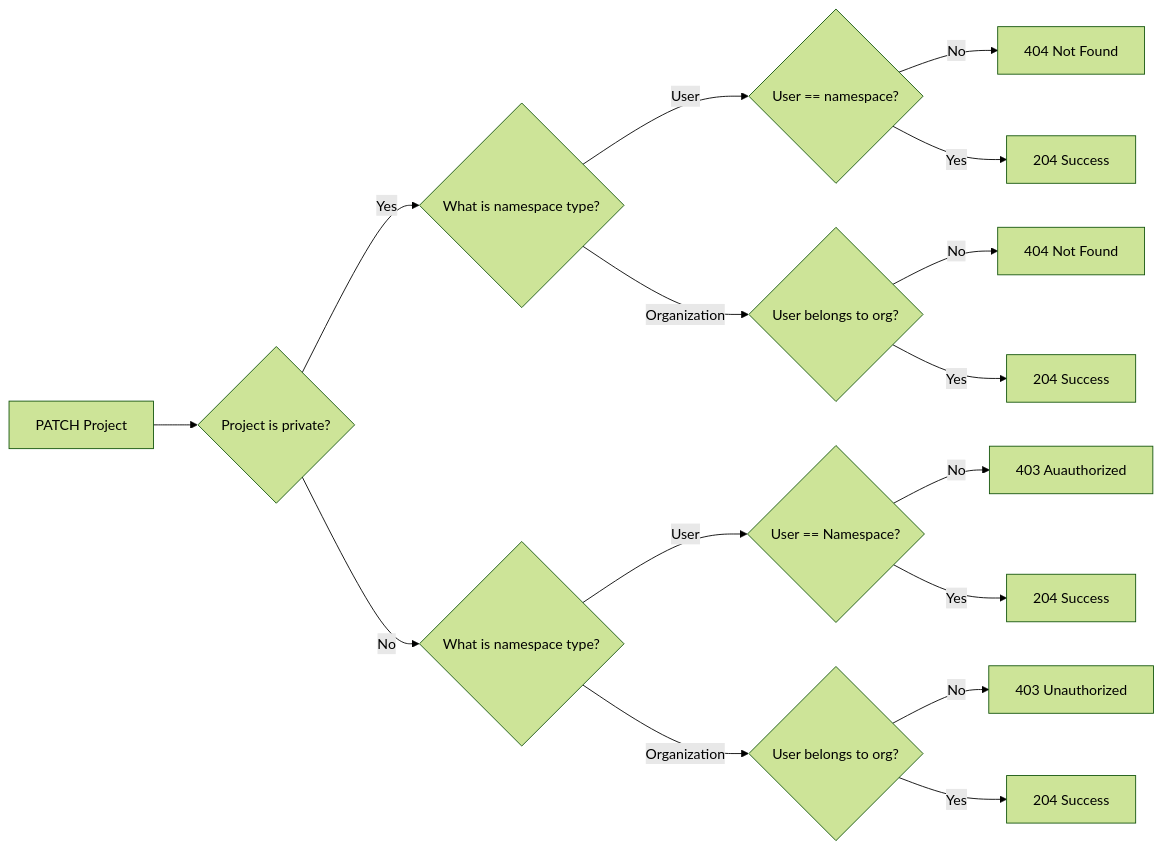
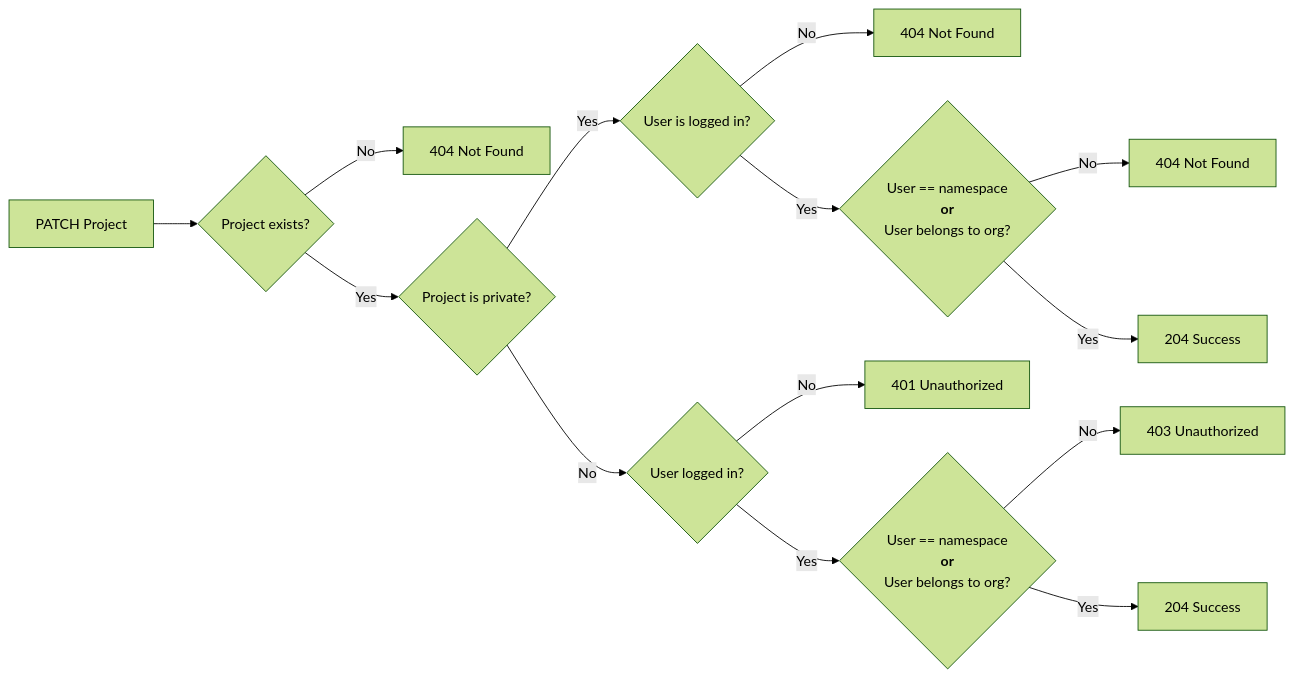
Before and after one commit to pepkit/pephub: the third of 3 diagrams in docs/authentication.md, drawn with Mermaid (forest theme).

Commit message:
simplify. add 401 codes

````diff
--- a/docs/authentication.md
+++ b/docs/authentication.md
@@ -45,18 +45,16 @@
 ```mermaid
 flowchart LR
-    A[PATCH Project] --> B{Project is private?}
-    B -- Yes --> C{What is namespace type?}
-    C -- User --> D{User == namespace?}
-    D -- No --> E[404 Not Found]
-    D -- Yes --> F[204 Success]
-    C -- Organization --> G{User belongs to org?}
-    G -- No --> H[404 Not Found]
-    G -- Yes --> I[204 Success]
-    B -- No --> J{What is namespace type?}
-    J -- User --> K{User == Namespace?}
-    K -- No --> L[403 Auauthorized]
-    K -- Yes --> M[204 Success]
-    J -- Organization --> N{User belongs to org?}
-    N -- No --> O[403 Unauthorized]
-    N -- Yes --> P[204 Success]
+    A[PATCH Project] --> Ab{Project exists?}
+    Ab -- No --> Ac[404 Not Found]
+    Ab -- Yes --> B{Project is private?}
+    B -- Yes --> Bd{User is logged in?}
+    Bd -- No --> Be[404 Not Found]
+    Bd -- Yes --> C{User == namespace <br/><b>or</b><br/> User belongs to org?}
+    C -- No --> H[404 Not Found]
+    C -- Yes --> I[204 Success]
+    B -- No --> Bb{User logged in?}
+    Bb -- No --> Bc[401 Unauthorized]
+    Bb -- Yes --> J{User == namespace <br/><b>or</b><br/> User belongs to org?}
+    J -- No --> O[403 Unauthorized]
+    J -- Yes --> P[204 Success]
 ```
````
